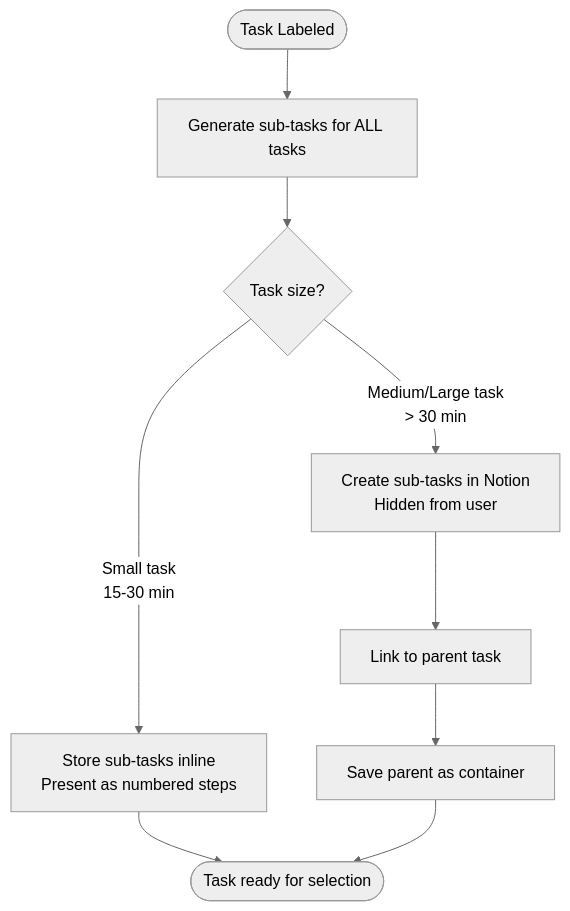
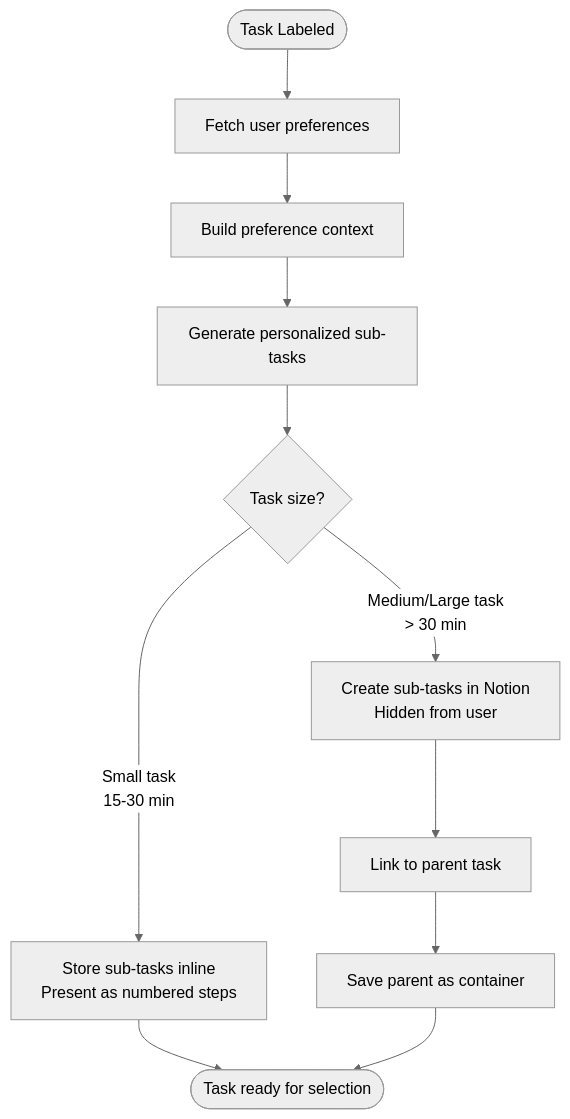
The fifth of 22 diagrams in docs/task-lifecycle.md (NickBorgers/hide-my-list), drawn with Mermaid (neutral theme) before and after one commit. The commit also changed other lines of this file and 4 other files, not shown here.

First line of the commit message:
Add user preferences system for personalized task breakdowns

````diff
--- a/docs/task-lifecycle.md
+++ b/docs/task-lifecycle.md
@@ -144,14 +146,16 @@
 ```mermaid
 flowchart TD
-    Labeled([Task Labeled]) --> Generate[Generate sub-tasks for ALL tasks]
+    Labeled([Task Labeled]) --> FetchPrefs[Fetch user preferences]
+    FetchPrefs --> BuildContext[Build preference context]
+    BuildContext --> Generate[Generate personalized sub-tasks]
 
     Generate --> Evaluate{Task size?}
 
     Evaluate -->|Small task<br/>15-30 min| InlineSteps[Store sub-tasks inline<br/>Present as numbered steps]
     Evaluate -->|Medium/Large task<br/>> 30 min| CreateHidden[Create sub-tasks in Notion<br/>Hidden from user]
 
     InlineSteps --> Ready([Task ready for selection])
     CreateHidden --> LinkParent[Link to parent task]
     LinkParent --> SaveParent[Save parent as container]
     SaveParent --> Ready
 ```
````
